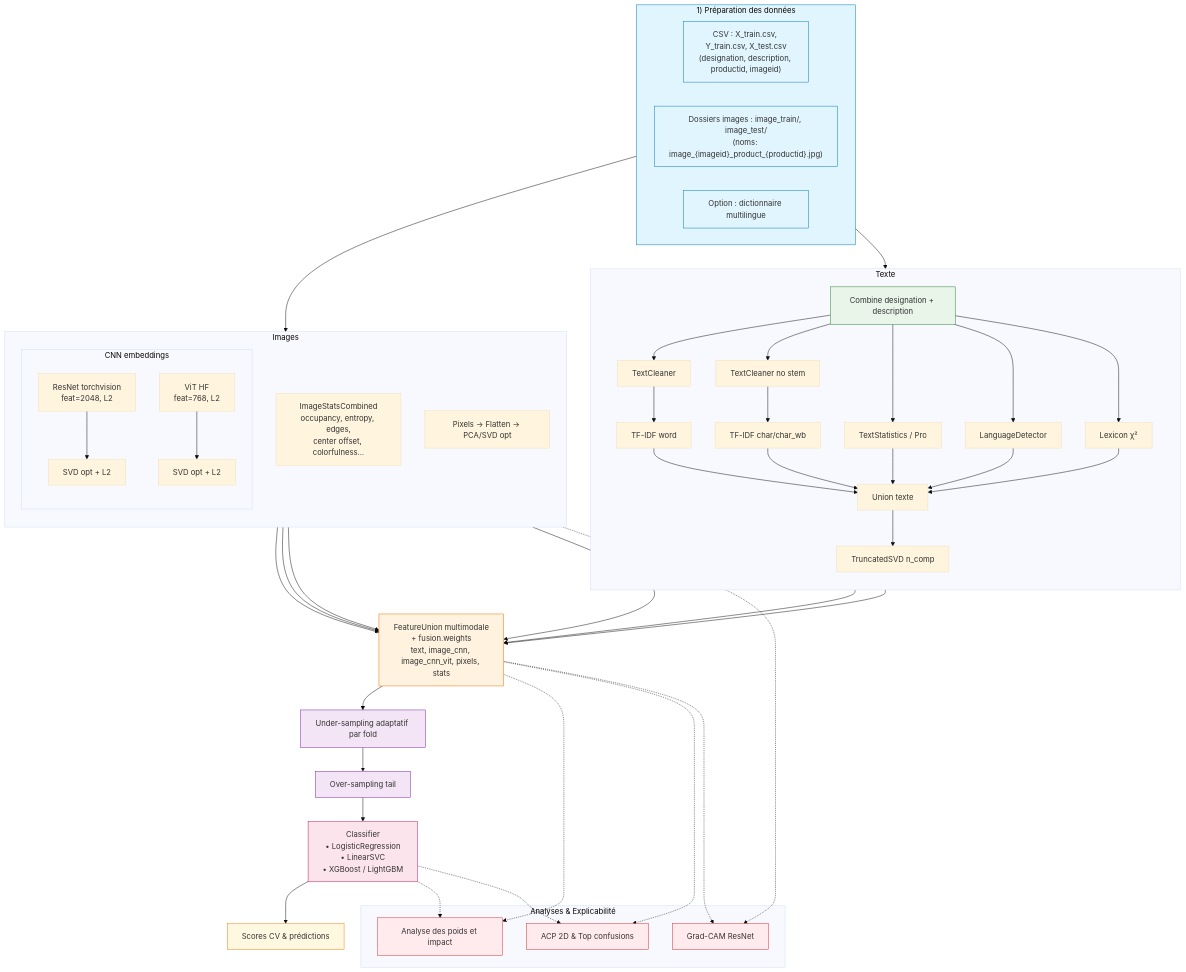
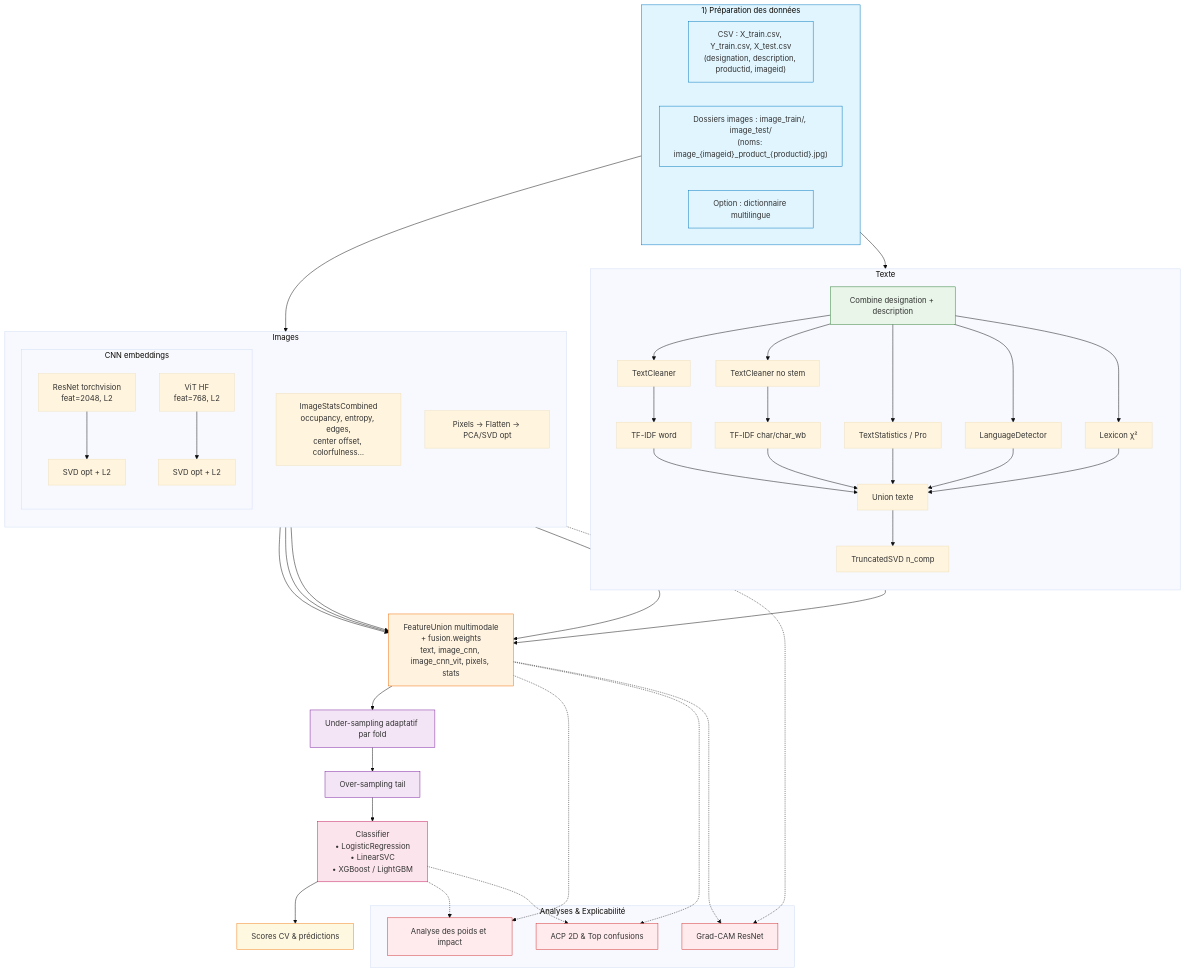
One commit to ghjulia01/Rakuten changed the first of 2 diagrams in README.md. Above: the diagram before and after it, drawn with Mermaid (base theme).

```diff
--- a/README.md
+++ b/README.md
@@ -190,7 +190,6 @@
   A1 --> C
   A1 --> I
   TSV --> FUSION
-  TU  --> FUSION
   R50S --> FUSION
   VITS --> FUSION
   ISTATS --> FUSION
```
